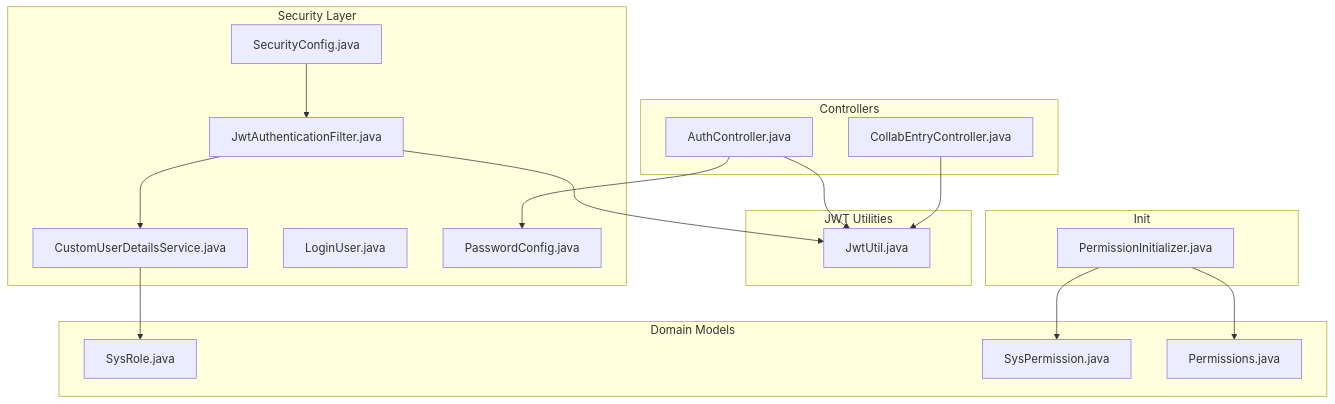
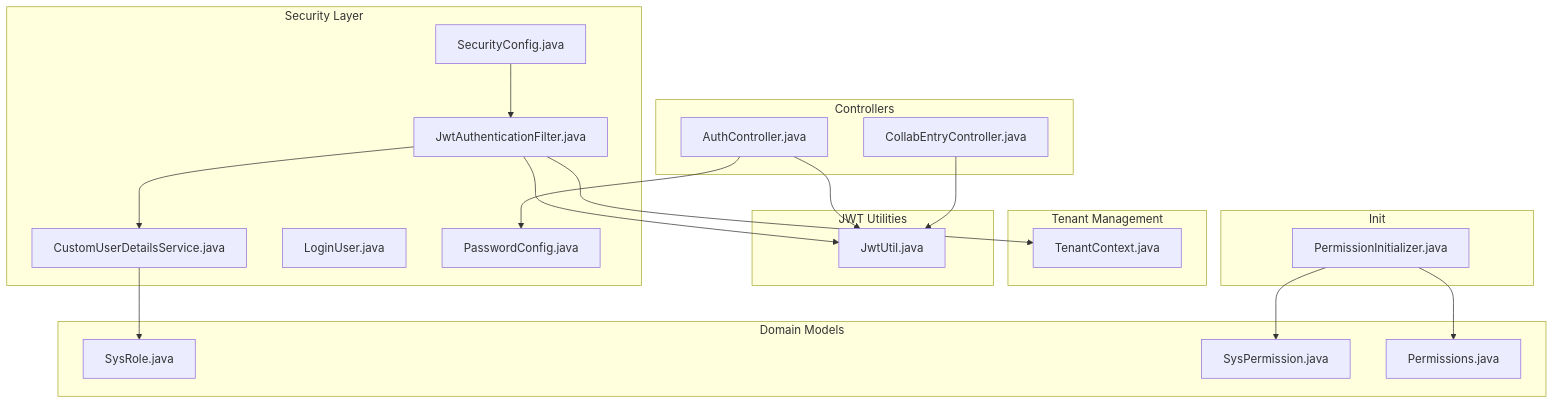
Before and after one commit to bo961386926/Survey-App: the first of 9 diagrams in .qoder/repowiki/en/content/Authentication & Authorization/Authentication & Authorization.md, drawn with Mermaid. The commit also changed other lines of this file and 18 other files, not shown here.

````diff
--- a/.qoder/repowiki/en/content/Authentication & Authorization/Authentication & Authorization.md
+++ b/.qoder/repowiki/en/content/Authentication & Authorization/Authentication & Authorization.md
@@ -44,34 +54,38 @@
 ```mermaid
 graph TB
 subgraph "Security Layer"
 SC["SecurityConfig.java"]
 JAF["JwtAuthenticationFilter.java"]
 CUDS["CustomUserDetailsService.java"]
 LUSER["LoginUser.java"]
 PASSCFG["PasswordConfig.java"]
+end
+subgraph "Tenant Management"
+TCTX["TenantContext.java"]
 end
 subgraph "JWT Utilities"
 JWTU["JwtUtil.java"]
 end
 subgraph "Controllers"
 AUTHC["AuthController.java"]
 COLC["CollabEntryController.java"]
 end
 subgraph "Domain Models"
 ROLE["SysRole.java"]
 PERM["SysPermission.java"]
 PERMS["Permissions.java"]
 end
 subgraph "Init"
 PERMINIT["PermissionInitializer.java"]
 end
 SC --> JAF
+JAF --> TCTX
 JAF --> JWTU
 JAF --> CUDS
 CUDS --> ROLE
 AUTHC --> JWTU
 AUTHC --> PASSCFG
 COLC --> JWTU
 PERMINIT --> PERM
 PERMINIT --> PERMS
 ```
````
